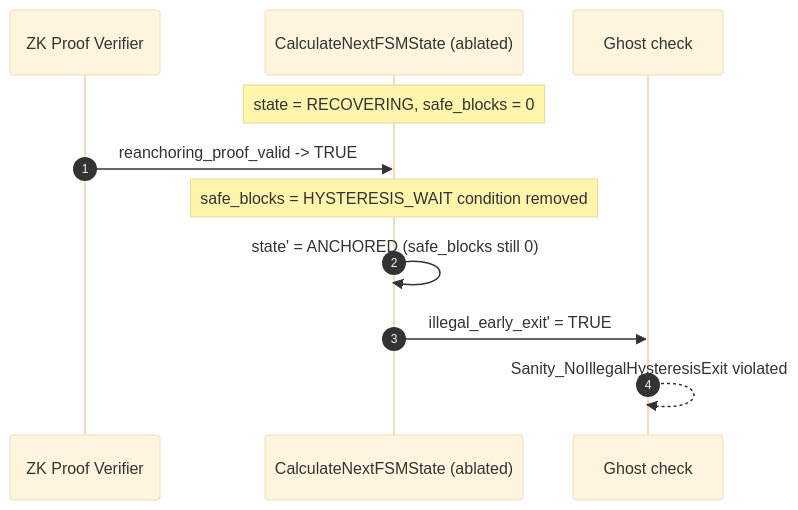
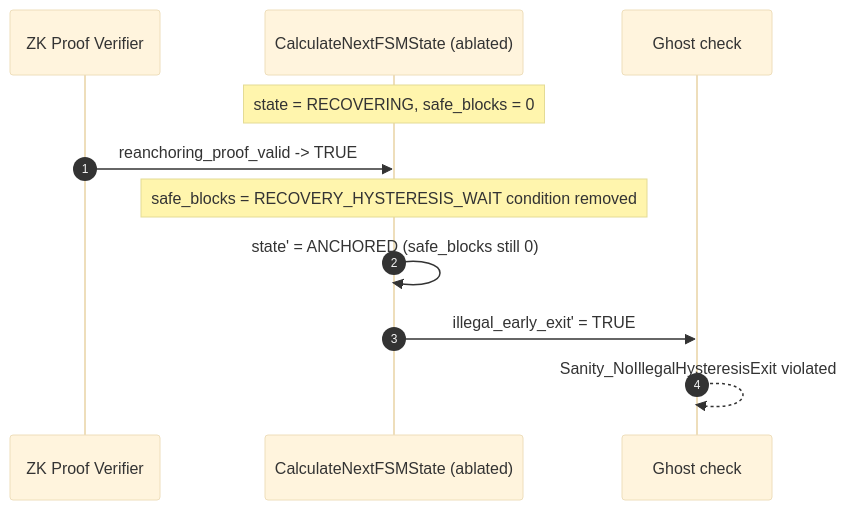
The fifth of 9 diagrams in spec/README.md (cuongct924/engram-sovereign-fsm), drawn with Mermaid (base theme) before and after one commit. The commit also changed other lines of this file and 14 other files, not shown here.

````diff
--- a/spec/README.md
+++ b/spec/README.md
@@ -1017,14 +1017,14 @@
 ```mermaid
 sequenceDiagram
     autonumber
     participant ZK as ZK Proof Verifier
     participant FSM as CalculateNextFSMState (ablated)
     participant Chk as Ghost check
 
     Note over FSM: state = RECOVERING, safe_blocks = 0
     ZK->>FSM: reanchoring_proof_valid -> TRUE
-    Note over FSM: safe_blocks = HYSTERESIS_WAIT condition removed
+    Note over FSM: safe_blocks = RECOVERY_HYSTERESIS_WAIT condition removed
     FSM->>FSM: state' = ANCHORED (safe_blocks still 0)
     FSM->>Chk: illegal_early_exit' = TRUE
     Chk-->>Chk: Sanity_NoIllegalHysteresisExit violated
 ```
````
